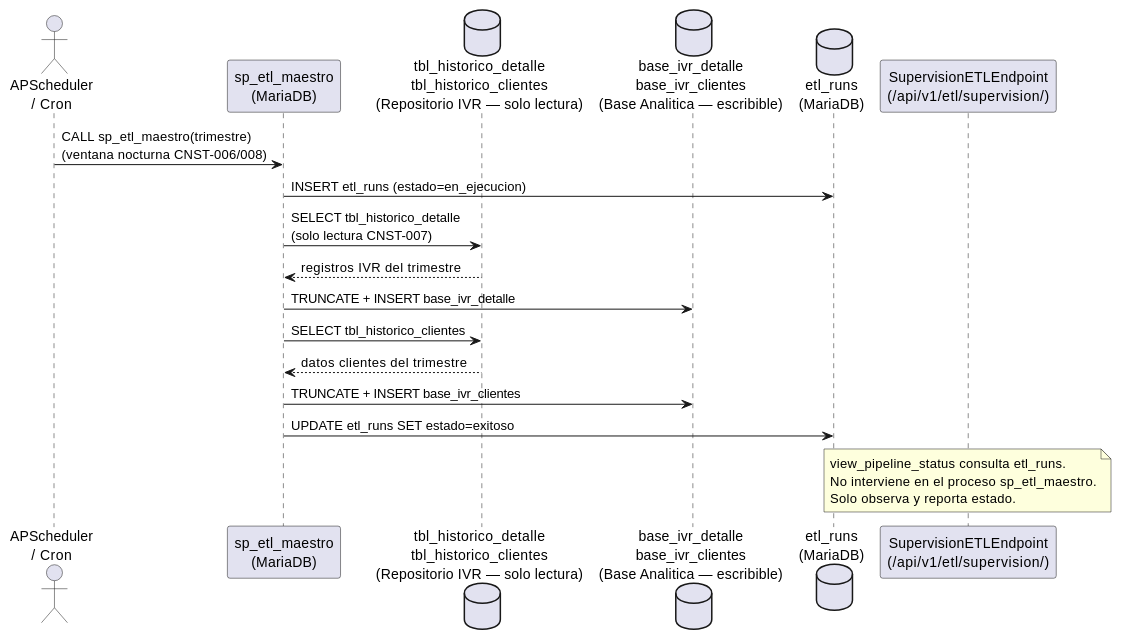
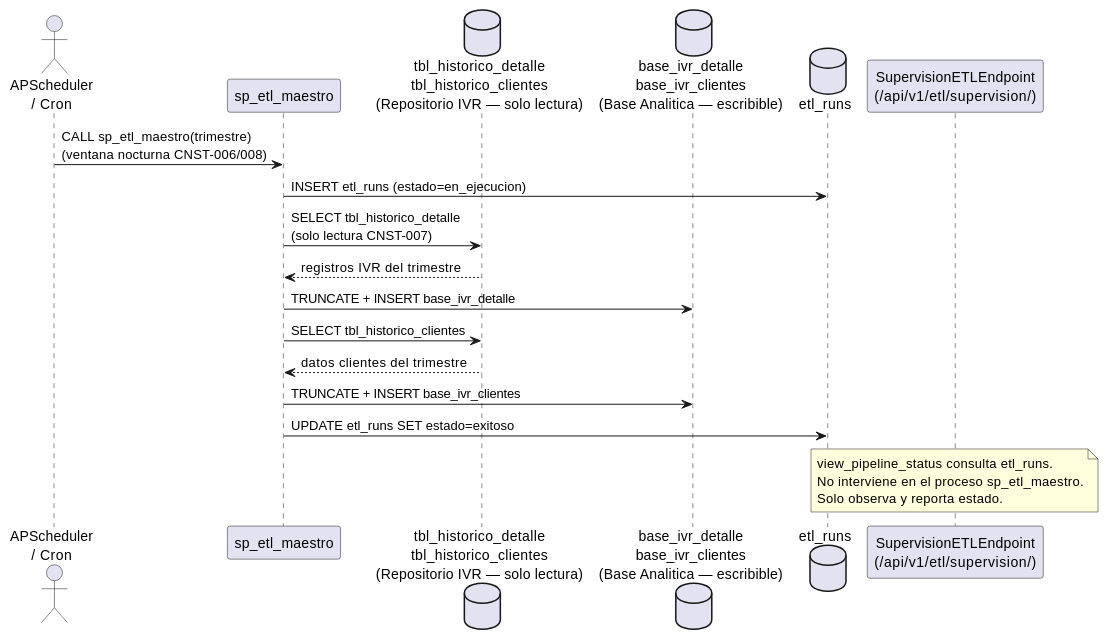
The diagram in source/arquitectura-tecnica/modulos/etl-monitoring/diagramas/flujo-etl-nocturno.rst (jcg-admin/IACT-docs), drawn with PlantUML before and after one commit. The commit also changed 160 other files, not shown here.

```diff
--- a/source/arquitectura-tecnica/modulos/etl-monitoring/diagramas/flujo-etl-nocturno.rst
+++ b/source/arquitectura-tecnica/modulos/etl-monitoring/diagramas/flujo-etl-nocturno.rst
@@ -22,29 +22,29 @@
 .. uml::
- :caption: Secuencia ETL nocturno con sp_etl_maestro sobre MariaDB (CNST-006/008).
+ :caption: Secuencia ETL nocturno con sp_etl_maestro sobre Almacen de Datos (CNST-006/008).
 
  @startuml
 
  actor "APScheduler\n/ Cron" as Apscheduler
- participant "sp_etl_maestro\n(MariaDB)" as sp_etl_maestro
+ participant "sp_etl_maestro" as sp_etl_maestro
  database "tbl_historico_detalle\ntbl_historico_clientes\n(Repositorio IVR — solo lectura)" as tbl_historico_detalle
  database "base_ivr_detalle\nbase_ivr_clientes\n(Base Analitica — escribible)" as DEST
- database "etl_runs\n(MariaDB)" as etl_runs
+ database "etl_runs" as etl_runs
  participant "SupervisionETLEndpoint\n(/api/v1/etl/supervision/)" as Supervisionetlendpoint
 
  Apscheduler -> sp_etl_maestro : CALL sp_etl_maestro(trimestre)\n(ventana nocturna CNST-006/008)
  sp_etl_maestro -> etl_runs : INSERT etl_runs (estado=en_ejecucion)
  sp_etl_maestro -> tbl_historico_detalle : SELECT tbl_historico_detalle\n(solo lectura CNST-007)
  tbl_historico_detalle --> sp_etl_maestro : registros IVR del trimestre
  sp_etl_maestro -> DEST : TRUNCATE + INSERT base_ivr_detalle
  sp_etl_maestro -> tbl_historico_detalle : SELECT tbl_historico_clientes
  tbl_historico_detalle --> sp_etl_maestro : datos clientes del trimestre
  sp_etl_maestro -> DEST : TRUNCATE + INSERT base_ivr_clientes
  sp_etl_maestro -> etl_runs : UPDATE etl_runs SET estado=exitoso
 
  note over Supervisionetlendpoint
    view_pipeline_status consulta etl_runs.
    No interviene en el proceso sp_etl_maestro.
    Solo observa y reporta estado.
  end note
 
  @enduml
```
